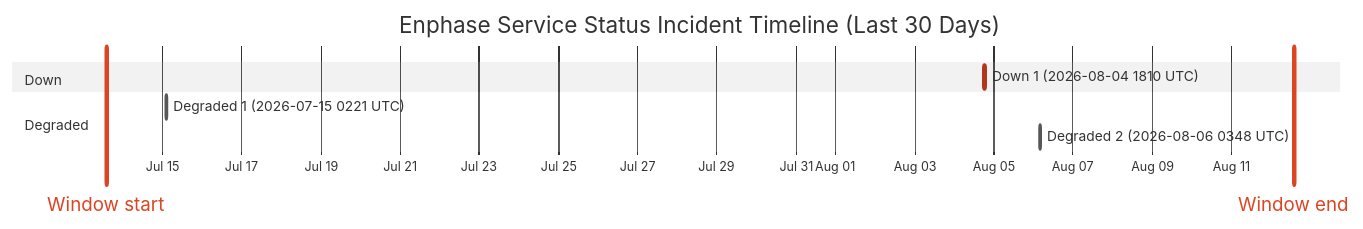
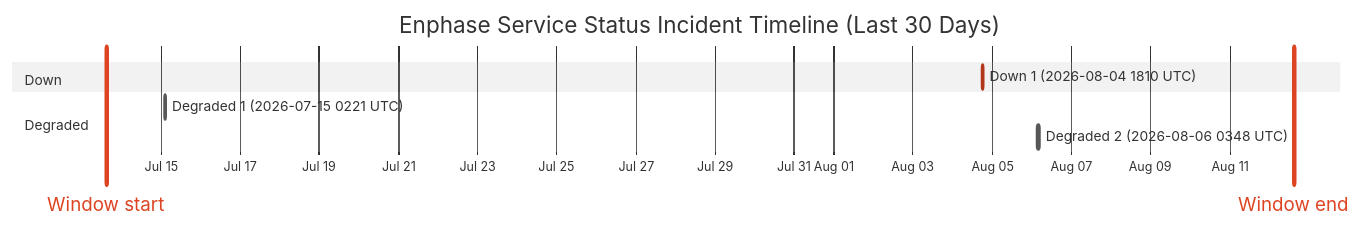
The diagram in wiki/Service-Status-History.md (barneyonline/ha-enphase-energy), drawn with Mermaid (neutral theme) before and after one commit. The commit also changed other lines of this file and 3 other files, not shown here.

````diff
--- a/wiki/Service-Status-History.md
+++ b/wiki/Service-Status-History.md
@@ -14,13 +14,13 @@
 ```mermaid
 gantt
     title Enphase Service Status Incident Timeline (Last 30 Days)
     dateFormat  YYYY-MM-DDTHH:mm:ss
     axisFormat  %b %d
-    Window start :vert, window-start, 2026-07-13T13:55:52, 0ms
-    Window end :vert, window-end, 2026-08-12T13:55:52, 0ms
+    Window start :vert, window-start, 2026-07-13T14:56:33, 0ms
+    Window end :vert, window-end, 2026-08-12T14:56:33, 0ms
     section Down
     Down 1 (2026-08-04 1810 UTC) :crit, down-1, 2026-08-04T18:10:46, 60m
     section Degraded
     Degraded 1 (2026-07-15 0221 UTC) :active, degraded-1, 2026-07-15T02:21:35, 60m
     Degraded 2 (2026-08-06 0348 UTC) :active, degraded-2, 2026-08-06T03:48:14, 60m
 ```
````
